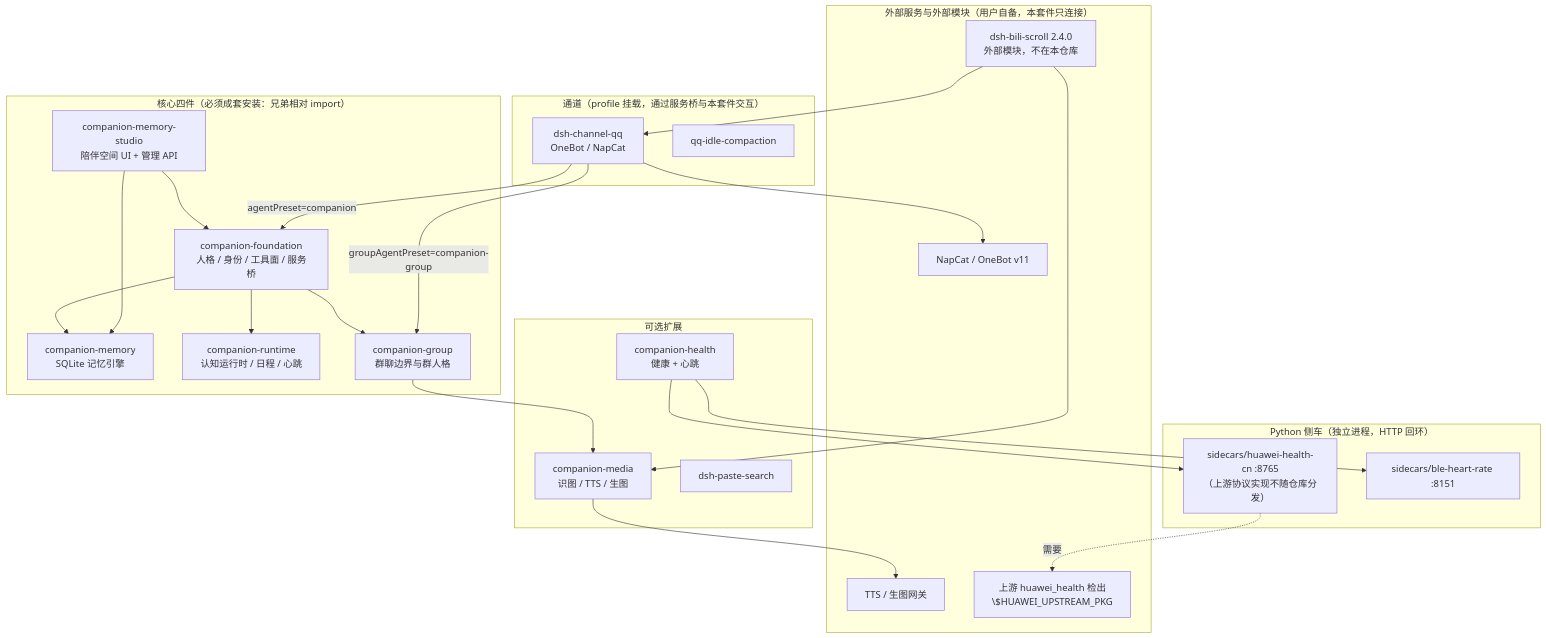
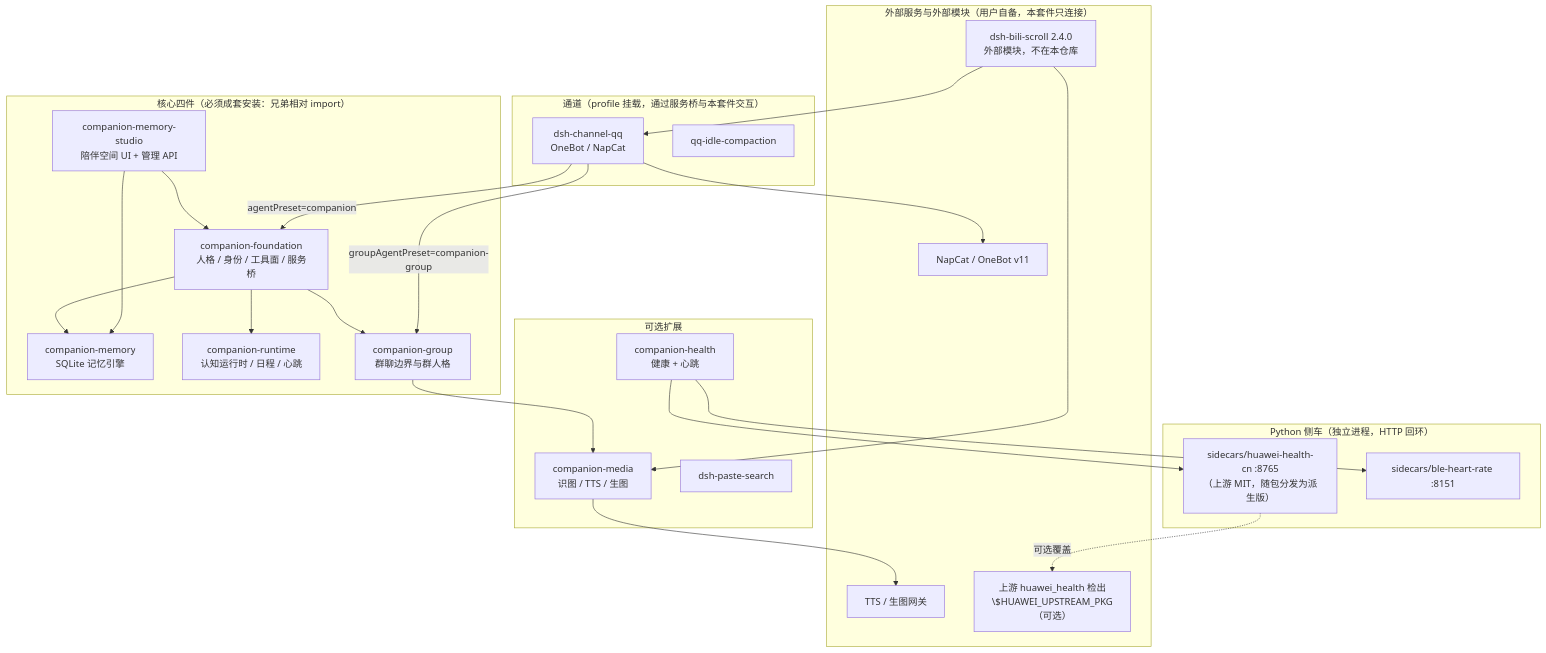
The diagram in docs/03-modules-support-matrix.md (FamousBOBO/dsh-companion), drawn with Mermaid before and after one commit. The commit also changed other lines of this file and 25 other files, not shown here.

````diff
--- a/docs/03-modules-support-matrix.md
+++ b/docs/03-modules-support-matrix.md
@@ -86,49 +100,49 @@
 ```mermaid
 flowchart TD
     subgraph core["核心四件（必须成套安装：兄弟相对 import）"]
         F[companion-foundation<br/>人格 / 身份 / 工具面 / 服务桥]
         M[companion-memory<br/>SQLite 记忆引擎]
         R[companion-runtime<br/>认知运行时 / 日程 / 心跳]
         G[companion-group<br/>群聊边界与群人格]
         S[companion-memory-studio<br/>陪伴空间 UI + 管理 API]
         F --> M
         F --> R
         F --> G
         S --> F
         S --> M
     end
 
     subgraph channels["通道（profile 挂载，通过服务桥与本套件交互）"]
         Q[dsh-channel-qq<br/>OneBot / NapCat]
         QC[qq-idle-compaction]
     end
 
     subgraph optional["可选扩展"]
         MD[companion-media<br/>识图 / TTS / 生图]
         H[companion-health<br/>健康 + 心跳]
         PS[dsh-paste-search]
     end
 
     subgraph sidecars["Python 侧车（独立进程，HTTP 回环）"]
-        HW["sidecars/huawei-health-cn :8765<br/>（上游协议实现不随仓库分发）"]
+        HW["sidecars/huawei-health-cn :8765<br/>（上游 MIT，随包分发为派生版）"]
         BLE[sidecars/ble-heart-rate :8151]
     end
 
     subgraph external["外部服务与外部模块（用户自备，本套件只连接）"]
         OB[NapCat / OneBot v11]
         MEDIA[TTS / 生图网关]
-        UP["上游 huawei_health 检出<br/>\$HUAWEI_UPSTREAM_PKG"]
+        UP["上游 huawei_health 检出<br/>\$HUAWEI_UPSTREAM_PKG（可选）"]
         BILI["dsh-bili-scroll 2.4.0<br/>外部模块，不在本仓库"]
     end
 
     Q --> OB
     Q -->|agentPreset=companion| F
     Q -->|groupAgentPreset=companion-group| G
     G --> MD
     H --> HW
     H --> BLE
-    HW -.->|需要| UP
+    HW -.->|可选覆盖| UP
     MD --> MEDIA
     BILI --> MD
     BILI --> Q
 ```
````
